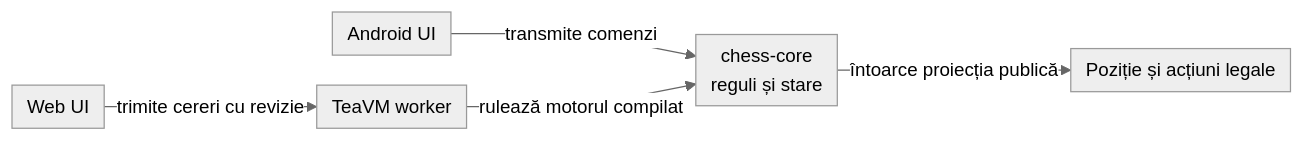
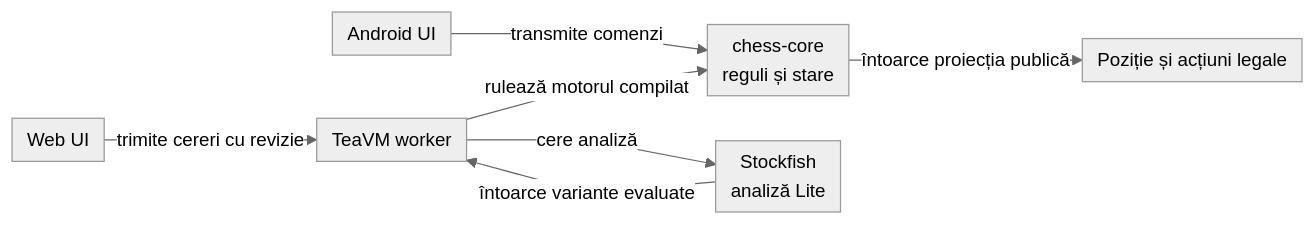
The first of 3 diagrams in README.md (crististefanita/chess), drawn with Mermaid before and after one commit. The commit also changed other lines of this file and 2 other files, not shown here.

Commit message:
Clarify legacy analysis and current Lite ownership in guides

````diff
--- a/README.md
+++ b/README.md
@@ -36,13 +36,16 @@
 ```mermaid
 %%{init: {"theme":"neutral","themeVariables":{"fontSize":"15px"},"themeCSS":".edgeLabel, .edgeLabel p { font-size: 12px !important; } .node rect { rx: 6px; ry: 6px; }","flowchart":{"curve":"linear","nodeSpacing":24,"rankSpacing":20,"padding":6},"sequence":{"mirrorActors":false,"messageMargin":24}}}%%
 flowchart LR
     Android["Android UI"]
     Web["Web UI"]
     Worker["TeaVM worker"]
     Engine["chess-core<br/>reguli și stare"]
+    Stockfish["Stockfish<br/>analiză Lite"]
     Projection["Poziție și acțiuni legale"]
     Android -->|transmite comenzi| Engine
     Web -->|trimite cereri cu revizie| Worker
     Worker -->|rulează motorul compilat| Engine
+    Worker -->|cere analiză| Stockfish
+    Stockfish -->|întoarce variante evaluate| Worker
     Engine -->|întoarce proiecția publică| Projection
 ```
````
